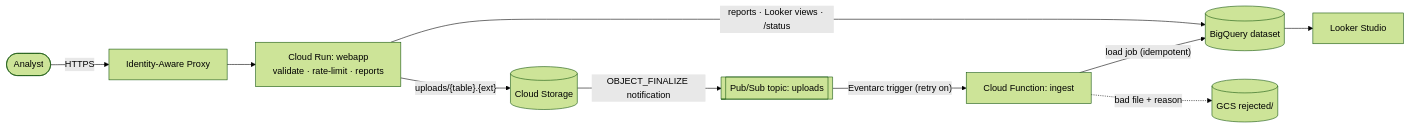
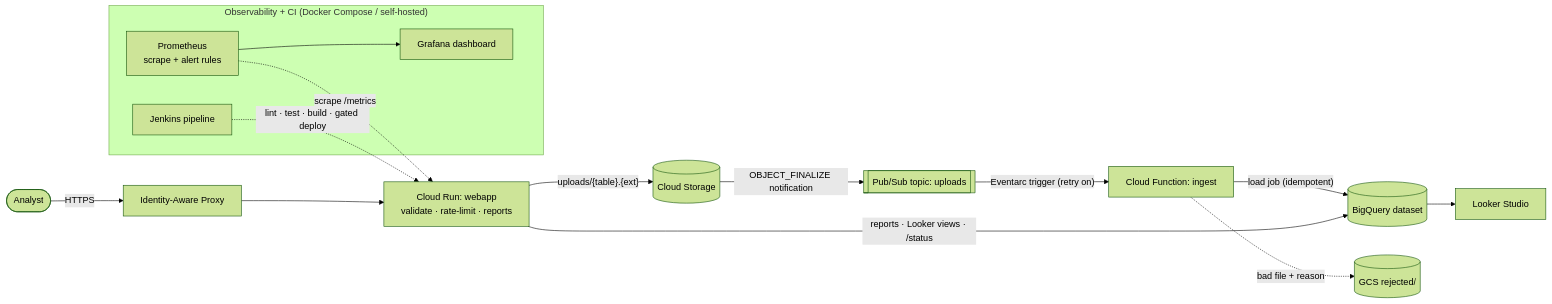
One commit to babyclaire0222-cyber/gcp-event-driven-data-platform changed the diagram in README.md. Above: the diagram before and after it, drawn with Mermaid (forest theme). The commit also changed other lines of this file and 1 other file, not shown here.

Commit message:
Document Prometheus, Grafana and Jenkins; add make targets

````diff
--- a/README.md
+++ b/README.md
@@ -9,12 +9,19 @@
 ```mermaid
 flowchart LR
     U(["Analyst"]) -->|HTTPS| IAP["Identity-Aware Proxy"]
     IAP --> CR["Cloud Run: webapp<br/>validate · rate-limit · reports"]
     CR -->|"uploads/{table}.{ext}"| GCS[("Cloud Storage")]
     GCS -->|"OBJECT_FINALIZE notification"| PS[["Pub/Sub topic: uploads"]]
     PS -->|"Eventarc trigger (retry on)"| CF["Cloud Function: ingest"]
     CF -->|"load job (idempotent)"| BQ[("BigQuery dataset")]
     CF -.->|"bad file + reason"| REJ[("GCS rejected/")]
     CR -->|"reports · Looker views · /status"| BQ
     BQ --> LS["Looker Studio"]
+
+    subgraph ops ["Observability + CI (Docker Compose / self-hosted)"]
+        PR["Prometheus<br/>scrape + alert rules"] --> GF["Grafana dashboard"]
+        JK["Jenkins pipeline"]
+    end
+    PR -.->|"scrape /metrics"| CR
+    JK -.->|"lint · test · build · gated deploy"| CR
 ```
````
